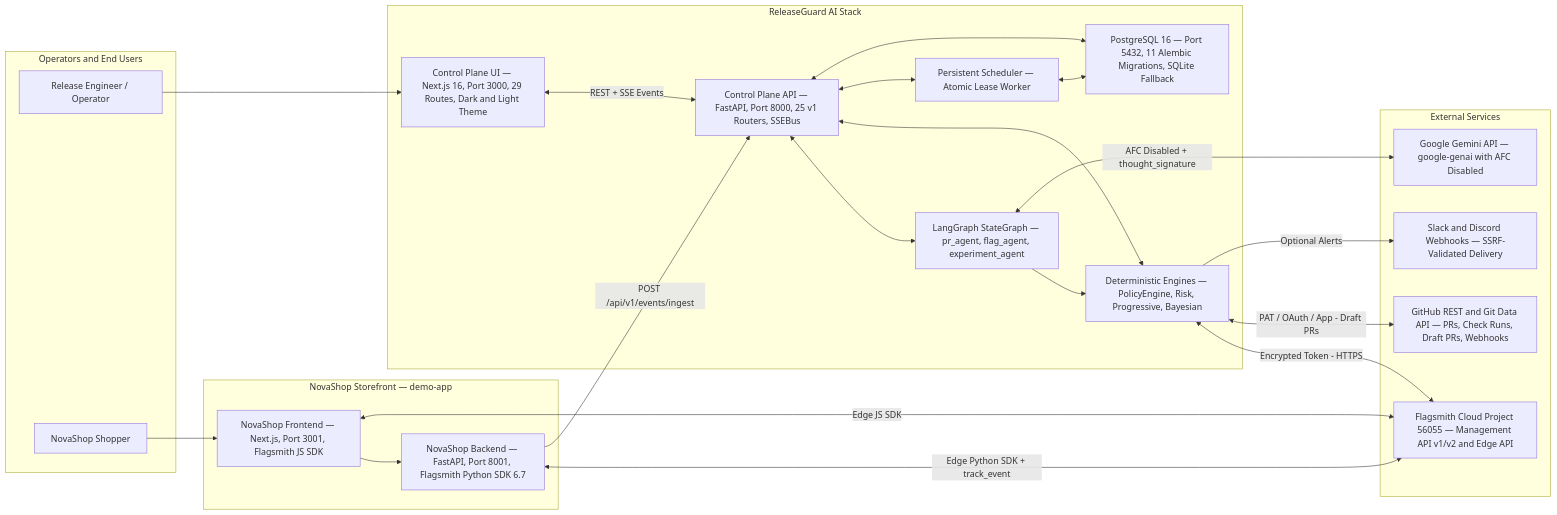
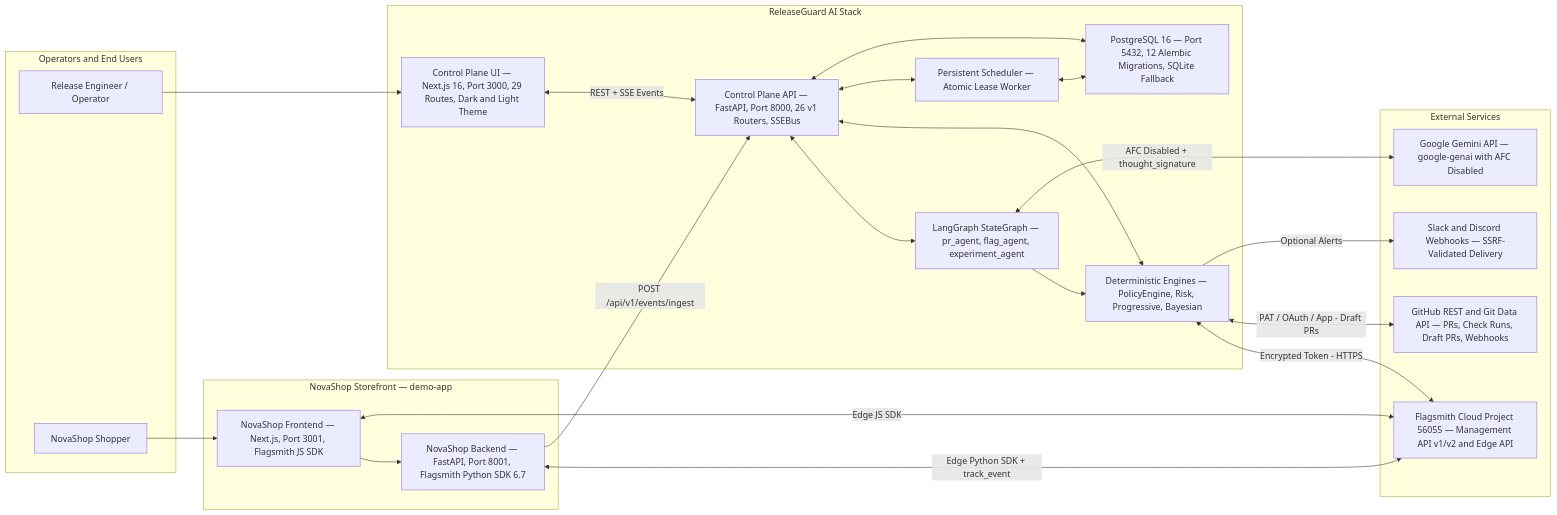
The first of 6 diagrams in README.md (Pravin98651/ReleaseGaurd-AI), drawn with Mermaid before and after one commit. The commit also changed other lines of this file, not shown here.

Commit message:
docs(readme): sync README with Tasks 1-4 (Alembic 0012, 26 routers, PR/Experimentation engines, Demo Path, and Benchmarks)

````diff
--- a/README.md
+++ b/README.md
@@ -61,48 +61,48 @@
 ```mermaid
 flowchart LR
     subgraph Actors["Operators and End Users"]
         OP["Release Engineer / Operator"]
         SH["NovaShop Shopper"]
     end
 
     subgraph ControlPlane["ReleaseGuard AI Stack"]
         FE["Control Plane UI — Next.js 16, Port 3000, 29 Routes, Dark and Light Theme"]
-        BE["Control Plane API — FastAPI, Port 8000, 25 v1 Routers, SSEBus"]
+        BE["Control Plane API — FastAPI, Port 8000, 26 v1 Routers, SSEBus"]
         AI["LangGraph StateGraph — pr_agent, flag_agent, experiment_agent"]
         ENG["Deterministic Engines — PolicyEngine, Risk, Progressive, Bayesian"]
         SCH["Persistent Scheduler — Atomic Lease Worker"]
-        DB["PostgreSQL 16 — Port 5432, 11 Alembic Migrations, SQLite Fallback"]
+        DB["PostgreSQL 16 — Port 5432, 12 Alembic Migrations, SQLite Fallback"]
     end
 
     subgraph DemoApp["NovaShop Storefront — demo-app"]
         DF["NovaShop Frontend — Next.js, Port 3001, Flagsmith JS SDK"]
         DBK["NovaShop Backend — FastAPI, Port 8001, Flagsmith Python SDK 6.7"]
     end
 
     subgraph ExternalAPIs["External Services"]
         FS["Flagsmith Cloud Project 56055 — Management API v1/v2 and Edge API"]
         GH["GitHub REST and Git Data API — PRs, Check Runs, Draft PRs, Webhooks"]
         GM["Google Gemini API — google-genai with AFC Disabled"]
         WH["Slack and Discord Webhooks — SSRF-Validated Delivery"]
     end
 
     OP --> FE
     FE <-->|"REST + SSE Events"| BE
     BE <--> AI
     BE <--> ENG
     BE <--> SCH
     AI --> ENG
     BE <--> DB
     SCH <--> DB
 
     SH --> DF
     DF --> DBK
     DF <-->|"Edge JS SDK"| FS
     DBK <-->|"Edge Python SDK + track_event"| FS
     DBK -->|"POST /api/v1/events/ingest"| BE
 
     ENG <-->|"Encrypted Token - HTTPS"| FS
     ENG <-->|"PAT / OAuth / App - Draft PRs"| GH
     AI <-->|"AFC Disabled + thought_signature"| GM
     ENG -->|"Optional Alerts"| WH
 ```
````
